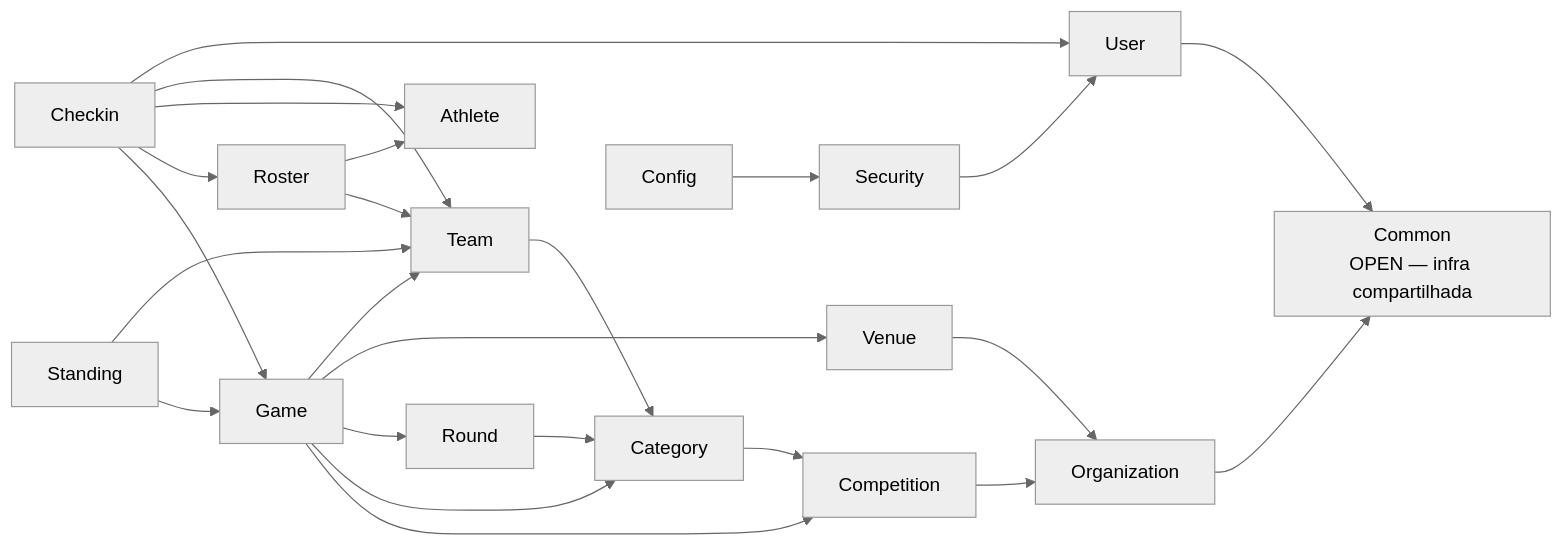
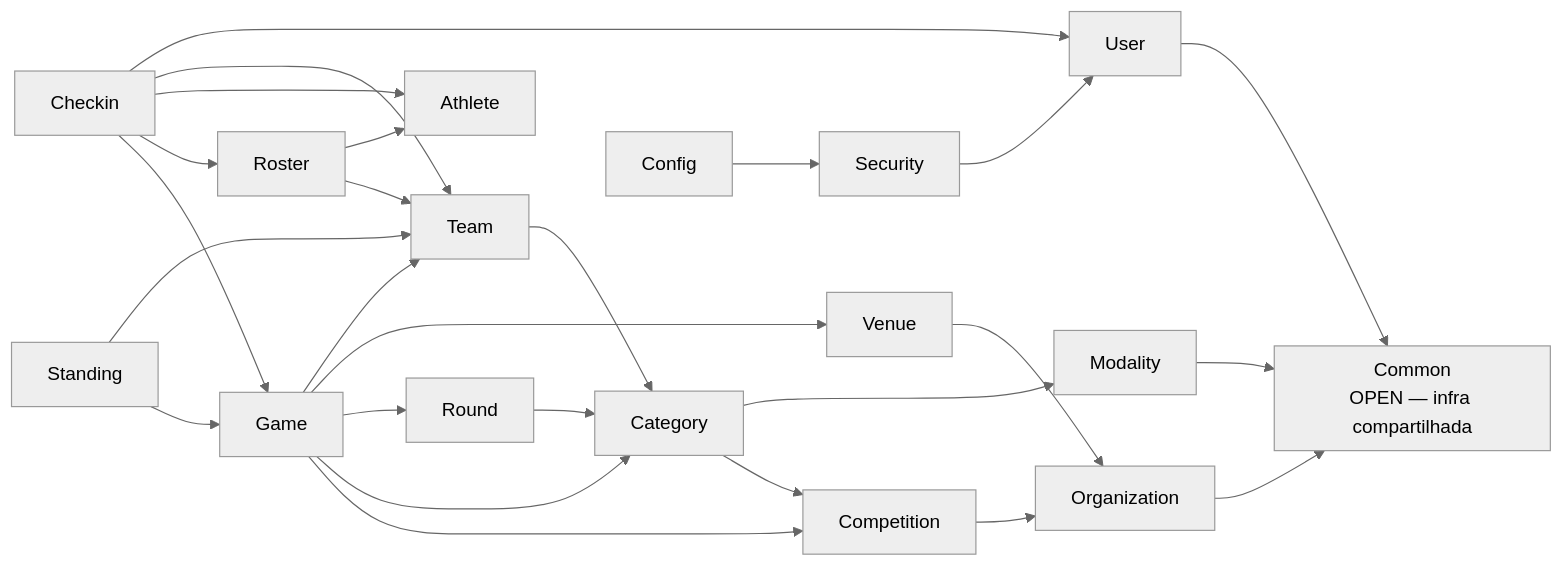
The first of 2 diagrams in docs/architecture/components.md (cesargranelli/flag-platform), drawn with Mermaid (neutral theme) before and after one commit. The commit also changed other lines of this file and 3 other files, not shown here.

````diff
--- a/docs/architecture/components.md
+++ b/docs/architecture/components.md
@@ -57,28 +58,30 @@
 ```mermaid
 flowchart LR
     Organization --> Common
     Competition --> Organization
     Category --> Competition
+    Category --> Modality
+    Modality --> Common
     Venue --> Organization
     Team --> Category
     Round --> Category
     Game --> Competition
     Game --> Category
     Game --> Round
     Game --> Venue
     Game --> Team
     Roster --> Team
     Roster --> Athlete
     Checkin --> Game
     Checkin --> Roster
     Checkin --> Athlete
     Checkin --> Team
     Checkin --> User
     Standing --> Game
     Standing --> Team
     User --> Common
     Security --> User
     Config --> Security
     subgraph Common[Common<br/>OPEN — infra compartilhada]
     end
 ```
````
